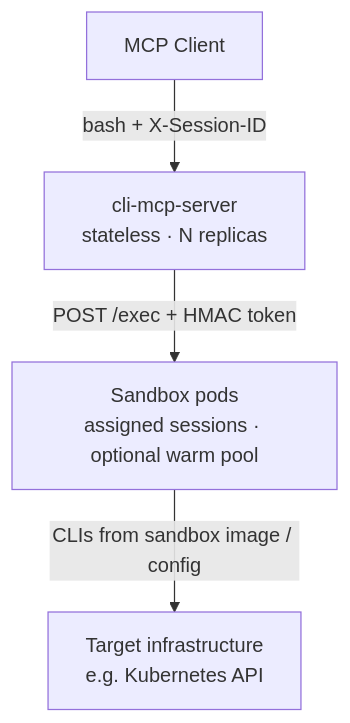
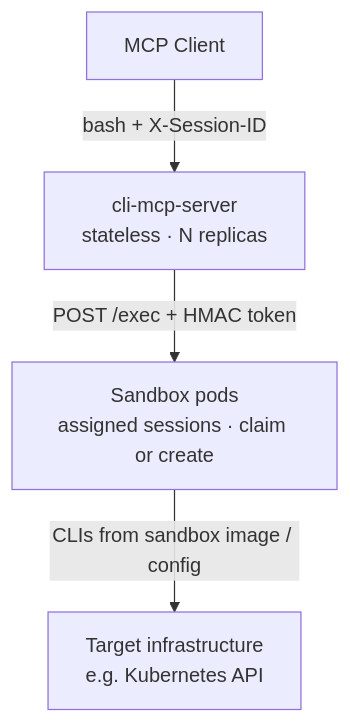
One commit to codeready-toolchain/cli-mcp-operator changed the diagram in README.md. Above: the diagram before and after it, drawn with Mermaid. The commit also changed other lines of this file and 12 other files, not shown here.

First line of the commit message:
Make MCP claim-then-create only (#39)

````diff
--- a/README.md
+++ b/README.md
@@ -88,11 +97,11 @@
 ```mermaid
 flowchart TB
   Client[MCP Client]
   Server["cli-mcp-server<br/>stateless · N replicas"]
-  Sandbox["Sandbox pods<br/>assigned sessions · optional warm pool"]
+  Sandbox["Sandbox pods<br/>assigned sessions · claim or create"]
   Target["Target infrastructure<br/>e.g. Kubernetes API"]
 
   Client -->|"bash + X-Session-ID"| Server
   Server -->|"POST /exec + HMAC token"| Sandbox
   Sandbox -->|"CLIs from sandbox image / config"| Target
 ```
````
